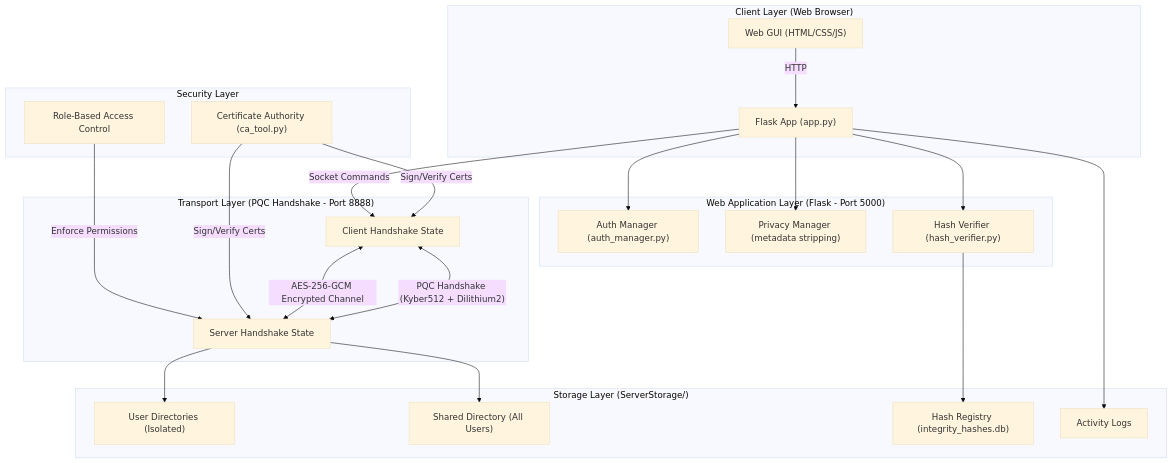
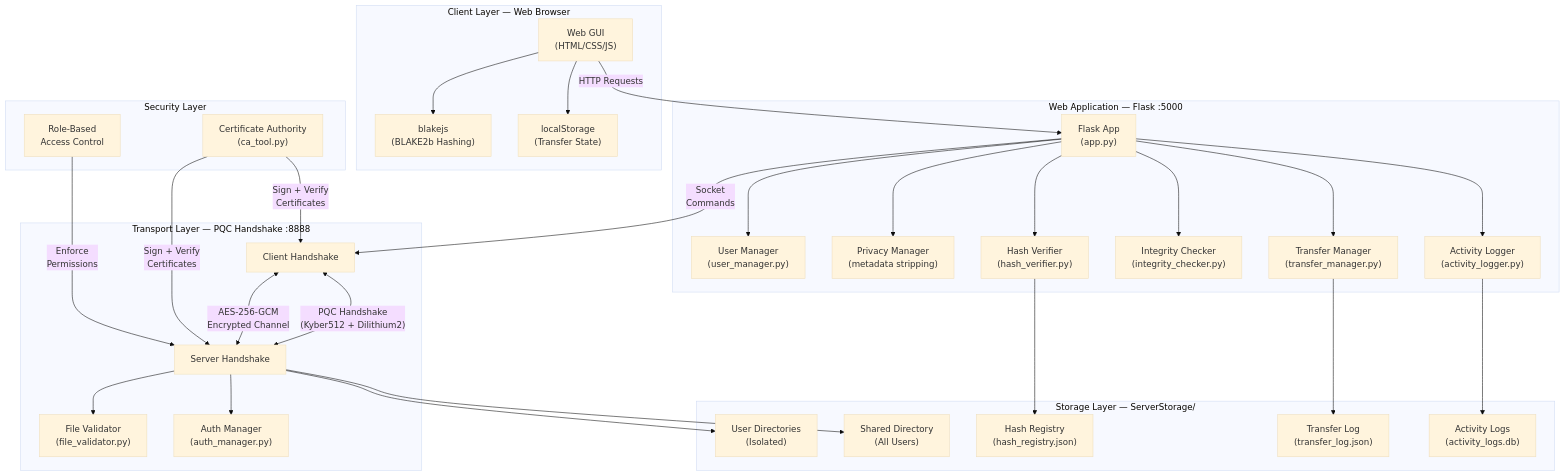
One commit to joserohit264/Quantum_SFTP_GUI changed the first of 8 diagrams in README.md. Above: the diagram before and after it, drawn with Mermaid (base theme). The commit also changed other lines of this file and 5 other files, not shown here.

````diff
--- a/README.md
+++ b/README.md
@@ -17,45 +75,61 @@
 ```mermaid
 graph TB
-    subgraph "Client Layer (Web Browser)"
-        UI["Web GUI (HTML/CSS/JS)"]
-        UI -->|HTTP| Flask
+    subgraph "Client Layer — Web Browser"
+        UI["Web GUI<br>(HTML/CSS/JS)"]
+        BLK["blakejs<br>(BLAKE2b Hashing)"]
+        LS["localStorage<br>(Transfer State)"]
+        UI --> BLK
+        UI --> LS
     end
 
-    subgraph "Web Application Layer (Flask - Port 5000)"
-        Flask["Flask App (app.py)"]
-        Auth["Auth Manager (auth_manager.py)"]
-        Privacy["Privacy Manager (metadata stripping)"]
-        Hash["Hash Verifier (hash_verifier.py)"]
+    subgraph "Web Application — Flask :5000"
+        Flask["Flask App<br>(app.py)"]
+        Auth["User Manager<br>(user_manager.py)"]
+        Privacy["Privacy Manager<br>(metadata stripping)"]
+        Hash["Hash Verifier<br>(hash_verifier.py)"]
+        IC["Integrity Checker<br>(integrity_checker.py)"]
+        TM["Transfer Manager<br>(transfer_manager.py)"]
+        AL["Activity Logger<br>(activity_logger.py)"]
         Flask --> Auth
         Flask --> Privacy
         Flask --> Hash
+        Flask --> IC
+        Flask --> TM
+        Flask --> AL
     end
 
-    subgraph "Transport Layer (PQC Handshake - Port 8888)"
-        Client["Client Handshake State"]
-        Server["Server Handshake State"]
-        Client <-->|"PQC Handshake (Kyber512 + Dilithium2)"| Server
-        Client <-->|"AES-256-GCM Encrypted Channel"| Server
+    subgraph "Transport Layer — PQC Handshake :8888"
+        Client["Client Handshake"]
+        Server["Server Handshake"]
+        FV["File Validator<br>(file_validator.py)"]
+        AM["Auth Manager<br>(auth_manager.py)"]
+        Client <-->|"PQC Handshake<br>(Kyber512 + Dilithium2)"| Server
+        Client <-->|"AES-256-GCM<br>Encrypted Channel"| Server
+        Server --> FV
+        Server --> AM
     end
 
     subgraph "Security Layer"
-        CA["Certificate Authority (ca_tool.py)"]
-        RBAC["Role-Based Access Control"]
-        CA -->|"Sign/Verify Certs"| Server
-        CA -->|"Sign/Verify Certs"| Client
-        RBAC -->|"Enforce Permissions"| Server
+        CA["Certificate Authority<br>(ca_tool.py)"]
+        RBAC["Role-Based<br>Access Control"]
+        CA -->|"Sign + Verify<br>Certificates"| Server
+        CA -->|"Sign + Verify<br>Certificates"| Client
+        RBAC -->|"Enforce<br>Permissions"| Server
     end
 
-    subgraph "Storage Layer (ServerStorage/)"
-        UserDirs["User Directories (Isolated)"]
-        SharedDir["Shared Directory (All Users)"]
-        HashDB["Hash Registry (integrity_hashes.db)"]
-        ActivityLog["Activity Logs"]
+    subgraph "Storage Layer — ServerStorage/"
+        UserDirs["User Directories<br>(Isolated)"]
+        SharedDir["Shared Directory<br>(All Users)"]
+        HashDB["Hash Registry<br>(hash_registry.json)"]
+        TLog["Transfer Log<br>(transfer_log.json)"]
+        ALog["Activity Logs<br>(activity_logs.db)"]
     end
 
-    Flask -->|"Socket Commands"| Client
+    UI -->|HTTP Requests| Flask
+    Flask -->|"Socket<br>Commands"| Client
     Server --> UserDirs
     Server --> SharedDir
     Hash --> HashDB
-    Flask --> ActivityLog
+    TM --> TLog
+    AL --> ALog
 ```
````
